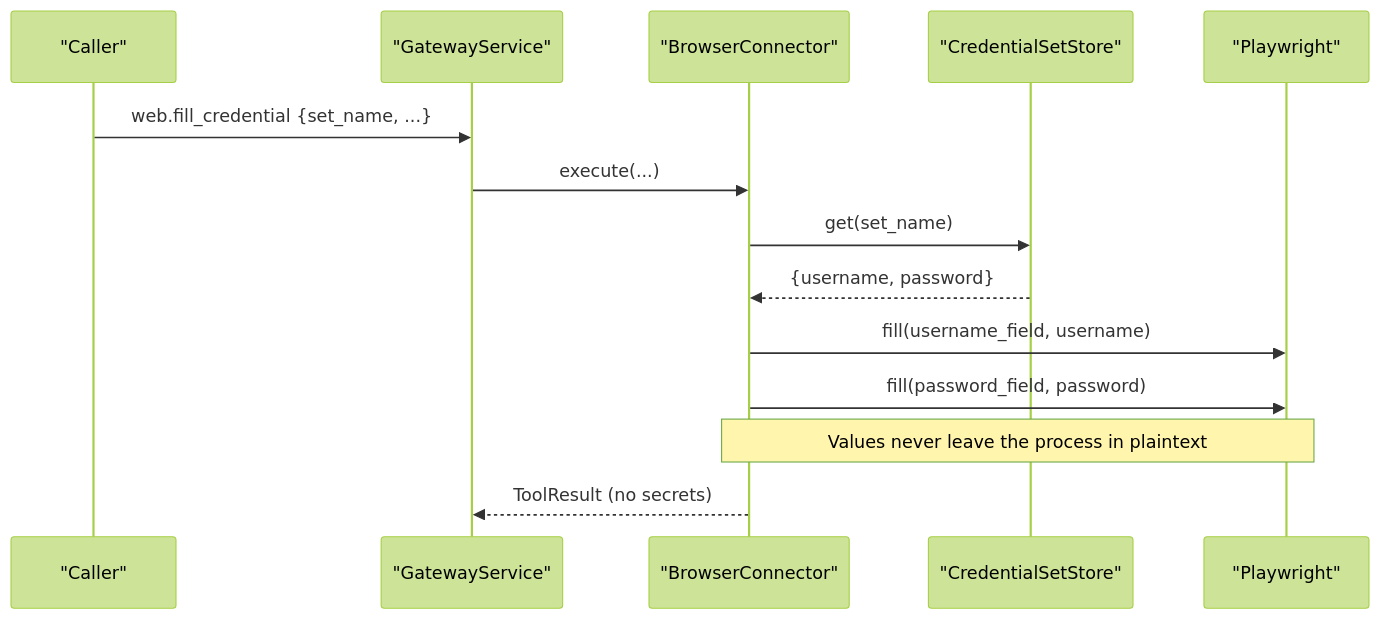
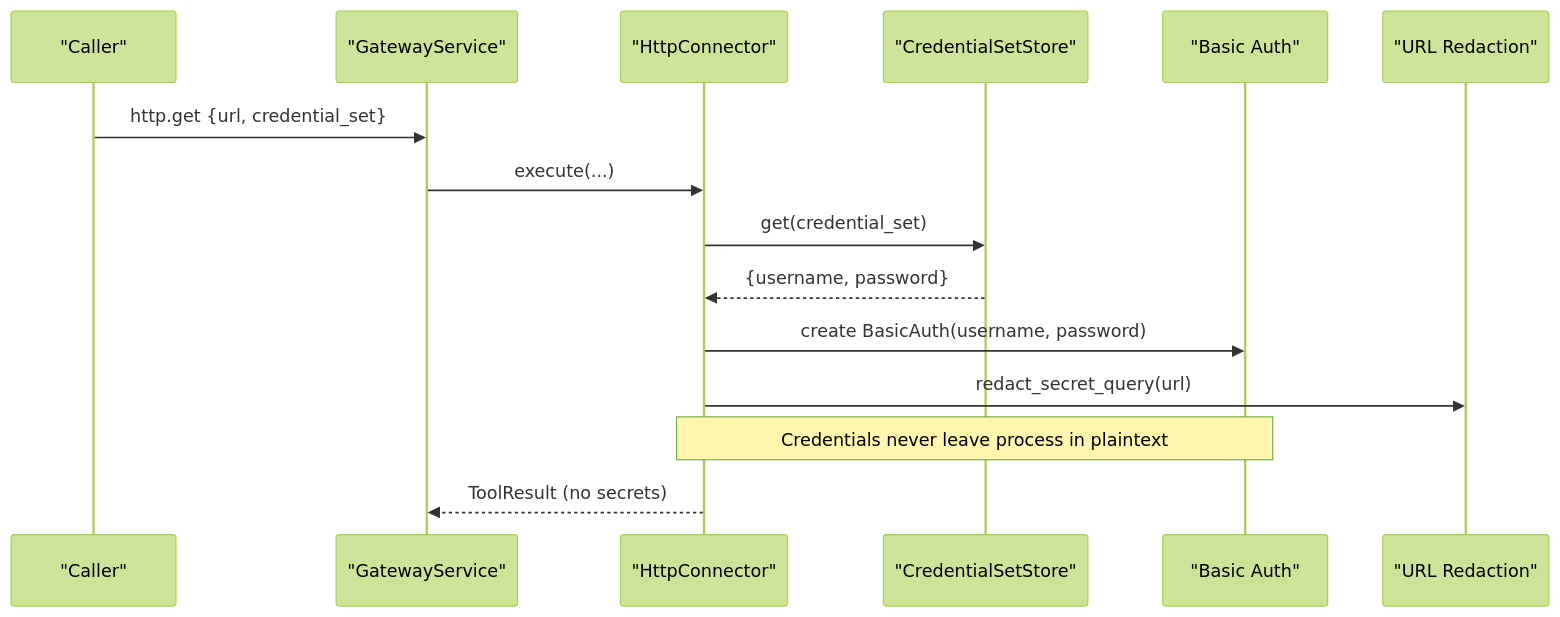
One commit to metasync/luban-aiops changed the fourth of 9 diagrams in .qoder/repowiki/en/content/Core Services/Tool Gateway/Credential Management and Security.md. Above: the diagram before and after it, drawn with Mermaid (forest theme). The commit also changed other lines of this file and 102 other files, not shown here.

````diff
--- a/.qoder/repowiki/en/content/Core Services/Tool Gateway/Credential Management and Security.md
+++ b/.qoder/repowiki/en/content/Core Services/Tool Gateway/Credential Management and Security.md
@@ -155,16 +198,17 @@
 ```mermaid
 sequenceDiagram
 participant Caller as "Caller"
 participant GW as "GatewayService"
-participant BR as "BrowserConnector"
+participant HC as "HttpConnector"
 participant CS as "CredentialSetStore"
-participant PW as "Playwright"
-Caller->>GW : web.fill_credential {set_name, ...}
-GW->>BR : execute(...)
-BR->>CS : get(set_name)
-CS-->>BR : {username, password}
-BR->>PW : fill(username_field, username)
-BR->>PW : fill(password_field, password)
-Note over BR,PW : Values never leave the process in plaintext
-BR-->>GW : ToolResult (no secrets)
+participant BA as "Basic Auth"
+participant UR as "URL Redaction"
+Caller->>GW : http.get {url, credential_set}
+GW->>HC : execute(...)
+HC->>CS : get(credential_set)
+CS-->>HC : {username, password}
+HC->>BA : create BasicAuth(username, password)
+HC->>UR : redact_secret_query(url)
+Note over HC,BA : Credentials never leave process in plaintext
+HC-->>GW : ToolResult (no secrets)
 ```
````
